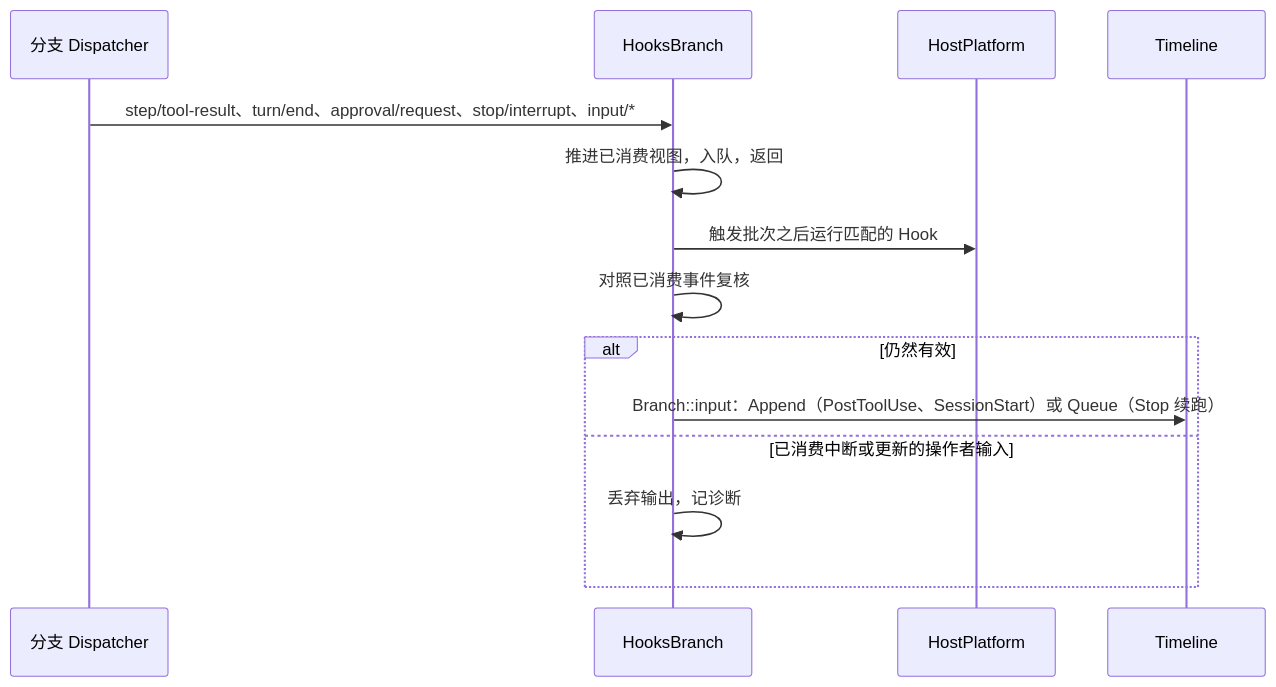
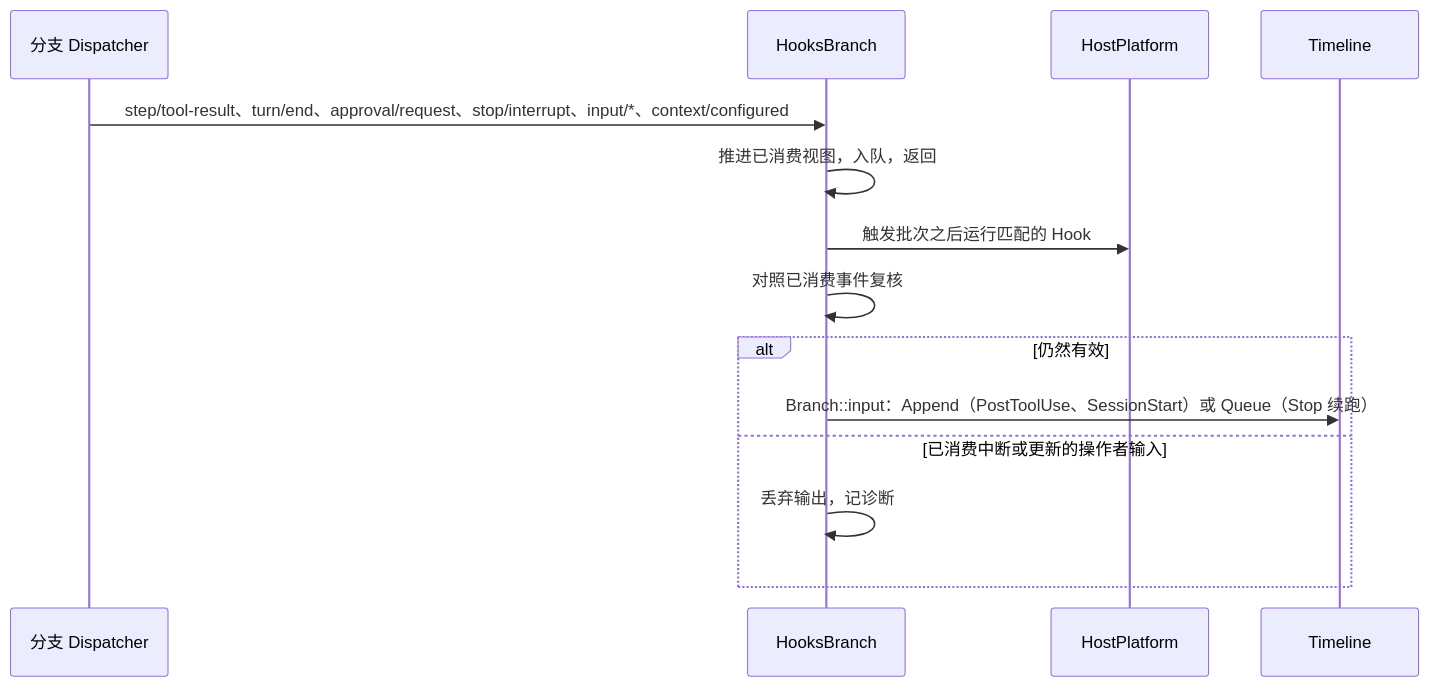
One commit to CoutinhoTTS/dim-agent changed the sixth of 6 diagrams in docs/zh/design/plugins/Hooks.md. Above: the diagram before and after it, drawn with Mermaid. The commit also changed other lines of this file and 13 other files, not shown here.

````diff
--- a/docs/zh/design/plugins/Hooks.md
+++ b/docs/zh/design/plugins/Hooks.md
@@ -181,16 +183,16 @@
 ```mermaid
 sequenceDiagram
   participant DP as 分支 Dispatcher
   participant HB as HooksBranch
   participant HP as HostPlatform
   participant TL as Timeline
-  DP->>HB: step/tool-result、turn/end、approval/request、stop/interrupt、input/*
+  DP->>HB: step/tool-result、turn/end、approval/request、stop/interrupt、input/*、context/configured
   HB->>HB: 推进已消费视图，入队，返回
   HB->>HP: 触发批次之后运行匹配的 Hook
   HB->>HB: 对照已消费事件复核
   alt 仍然有效
     HB->>TL: Branch::input：Append（PostToolUse、SessionStart）或 Queue（Stop 续跑）
   else 已消费中断或更新的操作者输入
     HB->>HB: 丢弃输出，记诊断
   end
 ```
````
